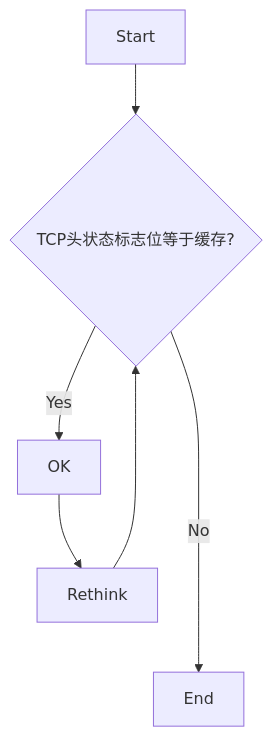
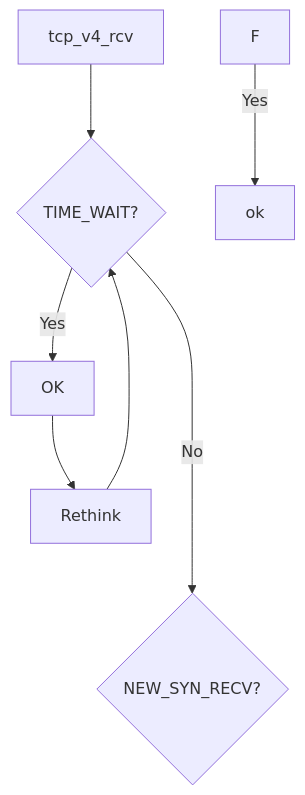
The first of 2 diagrams in 操作系统/Linux/TCP&IP.md (akai100/job_seek), drawn with Mermaid before and after one commit. The commit also changed other lines of this file, not shown here.

````diff
--- a/操作系统/Linux/TCP&IP.md
+++ b/操作系统/Linux/TCP&IP.md
@@ -51,9 +51,11 @@
 ```mermaid
 flowchart TD
-    A[Start] --> B{TCP头状态标志位等于缓存?}
+    A[tcp_v4_rcv] --> B{TIME_WAIT?}
     B -->|Yes| C[OK]
     C --> D[Rethink]
     D --> B
-    B ---->|No| E[End]
+    B ---->|No| E{NEW_SYN_RECV?}
+    F -->|Yes| G[ok]
+
 
 ```
````
